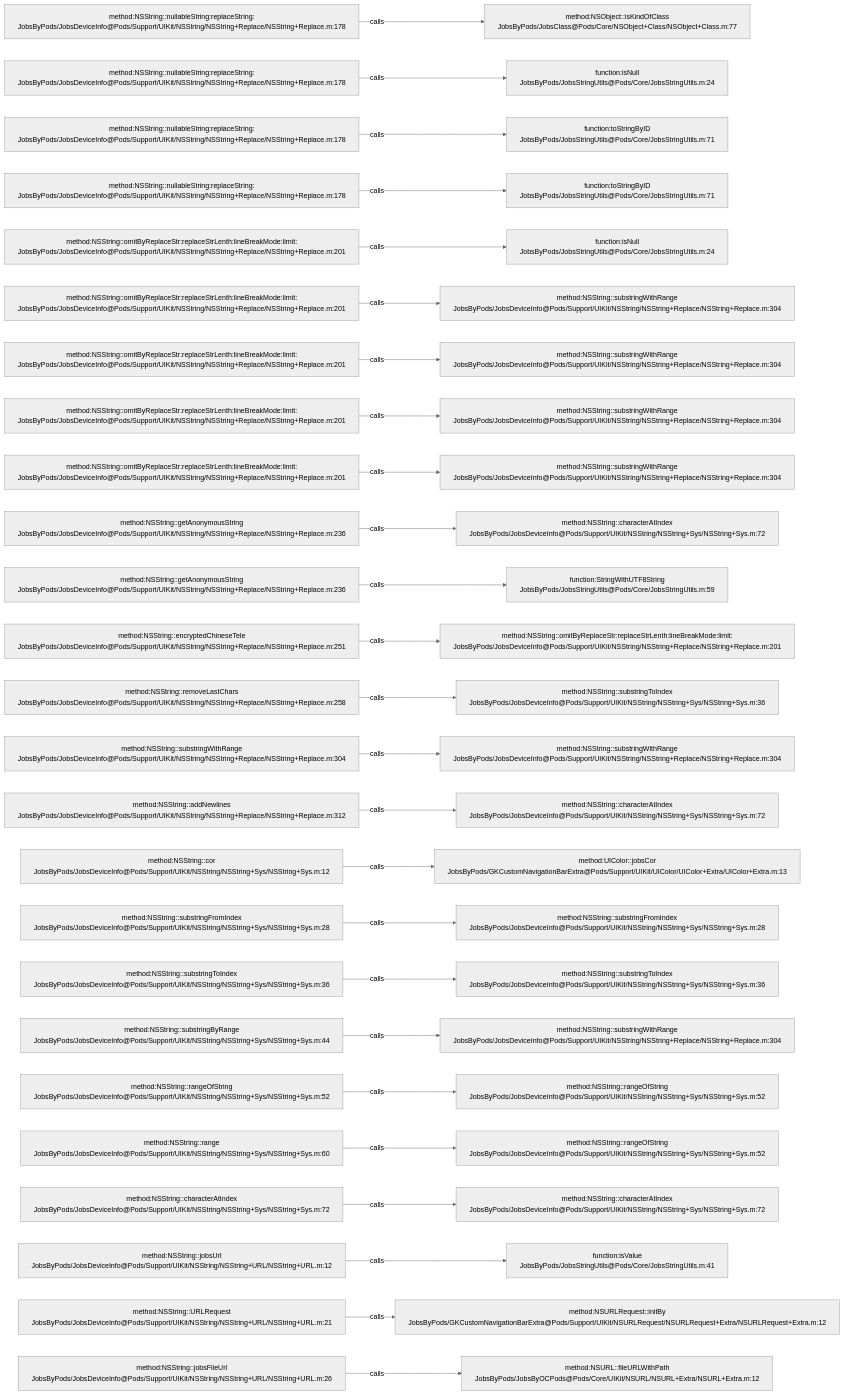
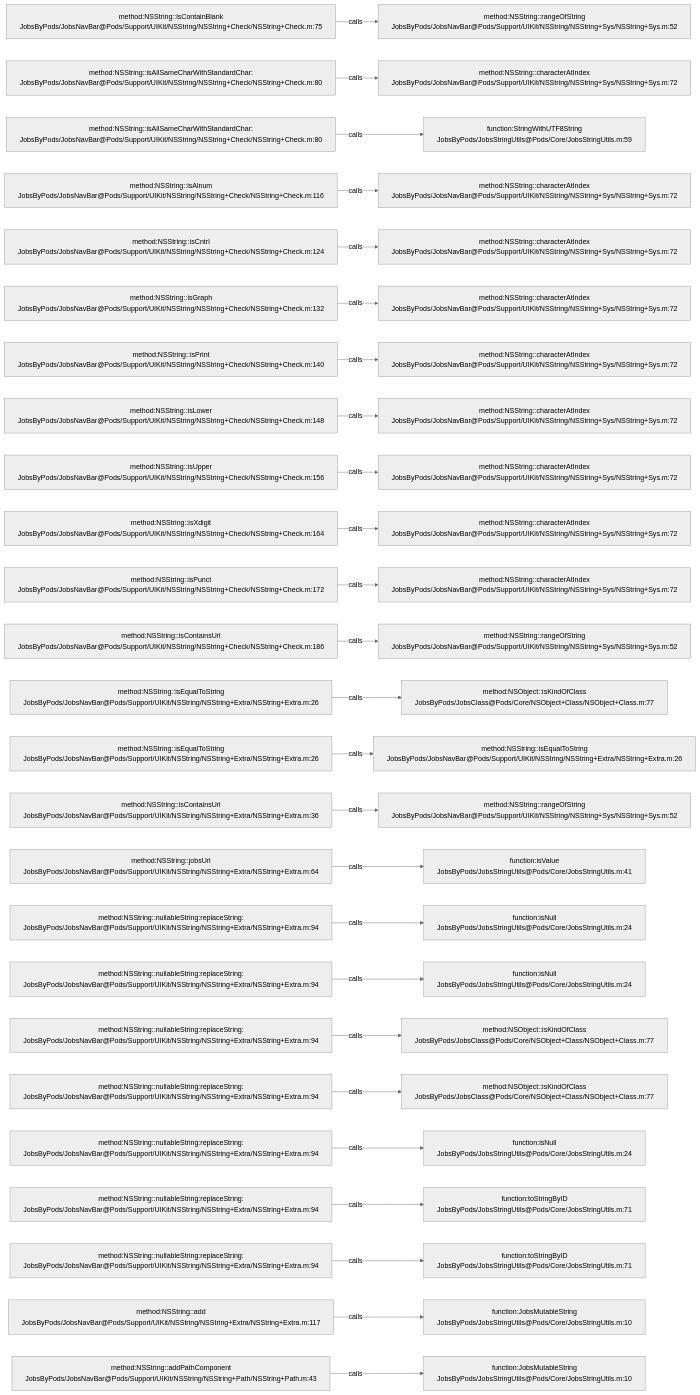
The diagram in .codegraph/codegraph.md/graphs/calls-119.md (JobsKits/JobsOCBaseConfigDemo), drawn with Mermaid (neutral theme) before and after one commit. The commit also changed 1026 other files, not shown here.

````diff
--- a/.codegraph/codegraph.md/graphs/calls-119.md
+++ b/.codegraph/codegraph.md/graphs/calls-119.md
@@ -13,78 +13,78 @@
 ```mermaid
 flowchart LR
-  S1["method:NSString::nullableString:replaceString:<br/>JobsByPods/JobsDeviceInfo@Pods/Support/UIKit/NSString/NSString+Replace/NSString+Replace.m:178"]
-  T1["method:NSObject::isKindOfClass<br/>JobsByPods/JobsClass@Pods/Core/NSObject+Class/NSObject+Class.m:77"]
+  S1["method:NSString::isContainBlank<br/>JobsByPods/JobsNavBar@Pods/Support/UIKit/NSString/NSString+Check/NSString+Check.m:75"]
+  T1["method:NSString::rangeOfString<br/>JobsByPods/JobsNavBar@Pods/Support/UIKit/NSString/NSString+Sys/NSString+Sys.m:52"]
   S1 -->|calls| T1
-  S2["method:NSString::nullableString:replaceString:<br/>JobsByPods/JobsDeviceInfo@Pods/Support/UIKit/NSString/NSString+Replace/NSString+Replace.m:178"]
-  T2["function:isNull<br/>JobsByPods/JobsStringUtils@Pods/Core/JobsStringUtils.m:24"]
+  S2["method:NSString::isAllSameCharWithStandardChar:<br/>JobsByPods/JobsNavBar@Pods/Support/UIKit/NSString/NSString+Check/NSString+Check.m:80"]
+  T2["method:NSString::characterAtIndex<br/>JobsByPods/JobsNavBar@Pods/Support/UIKit/NSString/NSString+Sys/NSString+Sys.m:72"]
   S2 -->|calls| T2
-  S3["method:NSString::nullableString:replaceString:<br/>JobsByPods/JobsDeviceInfo@Pods/Support/UIKit/NSString/NSString+Replace/NSString+Replace.m:178"]
-  T3["function:toStringByID<br/>JobsByPods/JobsStringUtils@Pods/Core/JobsStringUtils.m:71"]
+  S3["method:NSString::isAllSameCharWithStandardChar:<br/>JobsByPods/JobsNavBar@Pods/Support/UIKit/NSString/NSString+Check/NSString+Check.m:80"]
+  T3["function:StringWithUTF8String<br/>JobsByPods/JobsStringUtils@Pods/Core/JobsStringUtils.m:59"]
   S3 -->|calls| T3
-  S4["method:NSString::nullableString:replaceString:<br/>JobsByPods/JobsDeviceInfo@Pods/Support/UIKit/NSString/NSString+Replace/NSString+Replace.m:178"]
-  T4["function:toStringByID<br/>JobsByPods/JobsStringUtils@Pods/Core/JobsStringUtils.m:71"]
+  S4["method:NSString::isAlnum<br/>JobsByPods/JobsNavBar@Pods/Support/UIKit/NSString/NSString+Check/NSString+Check.m:116"]
+  T4["method:NSString::characterAtIndex<br/>JobsByPods/JobsNavBar@Pods/Support/UIKit/NSString/NSString+Sys/NSString+Sys.m:72"]
   S4 -->|calls| T4
-  S5["method:NSString::omitByReplaceStr:replaceStrLenth:lineBreakMode:limit:<br/>JobsByPods/JobsDeviceInfo@Pods/Support/UIKit/NSString/NSString+Replace/NSString+Replace.m:201"]
-  T5["function:isNull<br/>JobsByPods/JobsStringUtils@Pods/Core/JobsStringUtils.m:24"]
+  S5["method:NSString::isCntrl<br/>JobsByPods/JobsNavBar@Pods/Support/UIKit/NSString/NSString+Check/NSString+Check.m:124"]
+  T5["method:NSString::characterAtIndex<br/>JobsByPods/JobsNavBar@Pods/Support/UIKit/NSString/NSString+Sys/NSString+Sys.m:72"]
   S5 -->|calls| T5
-  S6["method:NSString::omitByReplaceStr:replaceStrLenth:lineBreakMode:limit:<br/>JobsByPods/JobsDeviceInfo@Pods/Support/UIKit/NSString/NSString+Replace/NSString+Replace.m:201"]
-  T6["method:NSString::substringWithRange<br/>JobsByPods/JobsDeviceInfo@Pods/Support/UIKit/NSString/NSString+Replace/NSString+Replace.m:304"]
+  S6["method:NSString::isGraph<br/>JobsByPods/JobsNavBar@Pods/Support/UIKit/NSString/NSString+Check/NSString+Check.m:132"]
+  T6["method:NSString::characterAtIndex<br/>JobsByPods/JobsNavBar@Pods/Support/UIKit/NSString/NSString+Sys/NSString+Sys.m:72"]
   S6 -->|calls| T6
-  S7["method:NSString::omitByReplaceStr:replaceStrLenth:lineBreakMode:limit:<br/>JobsByPods/JobsDeviceInfo@Pods/Support/UIKit/NSString/NSString+Replace/NSString+Replace.m:201"]
-  T7["method:NSString::substringWithRange<br/>JobsByPods/JobsDeviceInfo@Pods/Support/UIKit/NSString/NSString+Replace/NSString+Replace.m:304"]
+  S7["method:NSString::isPrint<br/>JobsByPods/JobsNavBar@Pods/Support/UIKit/NSString/NSString+Check/NSString+Check.m:140"]
+  T7["method:NSString::characterAtIndex<br/>JobsByPods/JobsNavBar@Pods/Support/UIKit/NSString/NSString+Sys/NSString+Sys.m:72"]
   S7 -->|calls| T7
-  S8["method:NSString::omitByReplaceStr:replaceStrLenth:lineBreakMode:limit:<br/>JobsByPods/JobsDeviceInfo@Pods/Support/UIKit/NSString/NSString+Replace/NSString+Replace.m:201"]
-  T8["method:NSString::substringWithRange<br/>JobsByPods/JobsDeviceInfo@Pods/Support/UIKit/NSString/NSString+Replace/NSString+Replace.m:304"]
+  S8["method:NSString::isLower<br/>JobsByPods/JobsNavBar@Pods/Support/UIKit/NSString/NSString+Check/NSString+Check.m:148"]
+  T8["method:NSString::characterAtIndex<br/>JobsByPods/JobsNavBar@Pods/Support/UIKit/NSString/NSString+Sys/NSString+Sys.m:72"]
   S8 -->|calls| T8
-  S9["method:NSString::omitByReplaceStr:replaceStrLenth:lineBreakMode:limit:<br/>JobsByPods/JobsDeviceInfo@Pods/Support/UIKit/NSString/NSString+Replace/NSString+Replace.m:201"]
-  T9["method:NSString::substringWithRange<br/>JobsByPods/JobsDeviceInfo@Pods/Support/UIKit/NSString/NSString+Replace/NSString+Replace.m:304"]
+  S9["method:NSString::isUpper<br/>JobsByPods/JobsNavBar@Pods/Support/UIKit/NSString/NSString+Check/NSString+Check.m:156"]
+  T9["method:NSString::characterAtIndex<br/>JobsByPods/JobsNavBar@Pods/Support/UIKit/NSString/NSString+Sys/NSString+Sys.m:72"]
   S9 -->|calls| T9
-  S10["method:NSString::getAnonymousString<br/>JobsByPods/JobsDeviceInfo@Pods/Support/UIKit/NSString/NSString+Replace/NSString+Replace.m:236"]
-  T10["method:NSString::characterAtIndex<br/>JobsByPods/JobsDeviceInfo@Pods/Support/UIKit/NSString/NSString+Sys/NSString+Sys.m:72"]
+  S10["method:NSString::isXdigit<br/>JobsByPods/JobsNavBar@Pods/Support/UIKit/NSString/NSString+Check/NSString+Check.m:164"]
+  T10["method:NSString::characterAtIndex<br/>JobsByPods/JobsNavBar@Pods/Support/UIKit/NSString/NSString+Sys/NSString+Sys.m:72"]
   S10 -->|calls| T10
-  S11["method:NSString::getAnonymousString<br/>JobsByPods/JobsDeviceInfo@Pods/Support/UIKit/NSString/NSString+Replace/NSString+Replace.m:236"]
-  T11["function:StringWithUTF8String<br/>JobsByPods/JobsStringUtils@Pods/Core/JobsStringUtils.m:59"]
+  S11["method:NSString::isPunct<br/>JobsByPods/JobsNavBar@Pods/Support/UIKit/NSString/NSString+Check/NSString+Check.m:172"]
+  T11["method:NSString::characterAtIndex<br/>JobsByPods/JobsNavBar@Pods/Support/UIKit/NSString/NSString+Sys/NSString+Sys.m:72"]
   S11 -->|calls| T11
-  S12["method:NSString::encryptedChineseTele<br/>JobsByPods/JobsDeviceInfo@Pods/Support/UIKit/NSString/NSString+Replace/NSString+Replace.m:251"]
-  T12["method:NSString::omitByReplaceStr:replaceStrLenth:lineBreakMode:limit:<br/>JobsByPods/JobsDeviceInfo@Pods/Support/UIKit/NSString/NSString+Replace/NSString+Replace.m:201"]
+  S12["method:NSString::isContainsUrl<br/>JobsByPods/JobsNavBar@Pods/Support/UIKit/NSString/NSString+Check/NSString+Check.m:186"]
+  T12["method:NSString::rangeOfString<br/>JobsByPods/JobsNavBar@Pods/Support/UIKit/NSString/NSString+Sys/NSString+Sys.m:52"]
   S12 -->|calls| T12
-  S13["method:NSString::removeLastChars<br/>JobsByPods/JobsDeviceInfo@Pods/Support/UIKit/NSString/NSString+Replace/NSString+Replace.m:258"]
-  T13["method:NSString::substringToIndex<br/>JobsByPods/JobsDeviceInfo@Pods/Support/UIKit/NSString/NSString+Sys/NSString+Sys.m:36"]
+  S13["method:NSString::isEqualToString<br/>JobsByPods/JobsNavBar@Pods/Support/UIKit/NSString/NSString+Extra/NSString+Extra.m:26"]
+  T13["method:NSObject::isKindOfClass<br/>JobsByPods/JobsClass@Pods/Core/NSObject+Class/NSObject+Class.m:77"]
   S13 -->|calls| T13
-  S14["method:NSString::substringWithRange<br/>JobsByPods/JobsDeviceInfo@Pods/Support/UIKit/NSString/NSString+Replace/NSString+Replace.m:304"]
-  T14["method:NSString::substringWithRange<br/>JobsByPods/JobsDeviceInfo@Pods/Support/UIKit/NSString/NSString+Replace/NSString+Replace.m:304"]
+  S14["method:NSString::isEqualToString<br/>JobsByPods/JobsNavBar@Pods/Support/UIKit/NSString/NSString+Extra/NSString+Extra.m:26"]
+  T14["method:NSString::isEqualToString<br/>JobsByPods/JobsNavBar@Pods/Support/UIKit/NSString/NSString+Extra/NSString+Extra.m:26"]
   S14 -->|calls| T14
-  S15["method:NSString::addNewlines<br/>JobsByPods/JobsDeviceInfo@Pods/Support/UIKit/NSString/NSString+Replace/NSString+Replace.m:312"]
-  T15["method:NSString::characterAtIndex<br/>JobsByPods/JobsDeviceInfo@Pods/Support/UIKit/NSString/NSString+Sys/NSString+Sys.m:72"]
+  S15["method:NSString::isContainsUrl<br/>JobsByPods/JobsNavBar@Pods/Support/UIKit/NSString/NSString+Extra/NSString+Extra.m:36"]
+  T15["method:NSString::rangeOfString<br/>JobsByPods/JobsNavBar@Pods/Support/UIKit/NSString/NSString+Sys/NSString+Sys.m:52"]
   S15 -->|calls| T15
-  S16["method:NSString::cor<br/>JobsByPods/JobsDeviceInfo@Pods/Support/UIKit/NSString/NSString+Sys/NSString+Sys.m:12"]
-  T16["method:UIColor::jobsCor<br/>JobsByPods/GKCustomNavigationBarExtra@Pods/Support/UIKit/UIColor/UIColor+Extra/UIColor+Extra.m:13"]
+  S16["method:NSString::jobsUrl<br/>JobsByPods/JobsNavBar@Pods/Support/UIKit/NSString/NSString+Extra/NSString+Extra.m:64"]
+  T16["function:isValue<br/>JobsByPods/JobsStringUtils@Pods/Core/JobsStringUtils.m:41"]
   S16 -->|calls| T16
-  S17["method:NSString::substringFromIndex<br/>JobsByPods/JobsDeviceInfo@Pods/Support/UIKit/NSString/NSString+Sys/NSString+Sys.m:28"]
-  T17["method:NSString::substringFromIndex<br/>JobsByPods/JobsDeviceInfo@Pods/Support/UIKit/NSString/NSString+Sys/NSString+Sys.m:28"]
+  S17["method:NSString::nullableString:replaceString:<br/>JobsByPods/JobsNavBar@Pods/Support/UIKit/NSString/NSString+Extra/NSString+Extra.m:94"]
+  T17["function:isNull<br/>JobsByPods/JobsStringUtils@Pods/Core/JobsStringUtils.m:24"]
   S17 -->|calls| T17
-  S18["method:NSString::substringToIndex<br/>JobsByPods/JobsDeviceInfo@Pods/Support/UIKit/NSString/NSString+Sys/NSString+Sys.m:36"]
-  T18["method:NSString::substringToIndex<br/>JobsByPods/JobsDeviceInfo@Pods/Support/UIKit/NSString/NSString+Sys/NSString+Sys.m:36"]
+  S18["method:NSString::nullableString:replaceString:<br/>JobsByPods/JobsNavBar@Pods/Support/UIKit/NSString/NSString+Extra/NSString+Extra.m:94"]
+  T18["function:isNull<br/>JobsByPods/JobsStringUtils@Pods/Core/JobsStringUtils.m:24"]
   S18 -->|calls| T18
-  S19["method:NSString::substringByRange<br/>JobsByPods/JobsDeviceInfo@Pods/Support/UIKit/NSString/NSString+Sys/NSString+Sys.m:44"]
-  T19["method:NSString::substringWithRange<br/>JobsByPods/JobsDeviceInfo@Pods/Support/UIKit/NSString/NSString+Replace/NSString+Replace.m:304"]
+  S19["method:NSString::nullableString:replaceString:<br/>JobsByPods/JobsNavBar@Pods/Support/UIKit/NSString/NSString+Extra/NSString+Extra.m:94"]
+  T19["method:NSObject::isKindOfClass<br/>JobsByPods/JobsClass@Pods/Core/NSObject+Class/NSObject+Class.m:77"]
   S19 -->|calls| T19
-  S20["method:NSString::rangeOfString<br/>JobsByPods/JobsDeviceInfo@Pods/Support/UIKit/NSString/NSString+Sys/NSString+Sys.m:52"]
-  T20["method:NSString::rangeOfString<br/>JobsByPods/JobsDeviceInfo@Pods/Support/UIKit/NSString/NSString+Sys/NSString+Sys.m:52"]
+  S20["method:NSString::nullableString:replaceString:<br/>JobsByPods/JobsNavBar@Pods/Support/UIKit/NSString/NSString+Extra/NSString+Extra.m:94"]
+  T20["method:NSObject::isKindOfClass<br/>JobsByPods/JobsClass@Pods/Core/NSObject+Class/NSObject+Class.m:77"]
   S20 -->|calls| T20
-  S21["method:NSString::range<br/>JobsByPods/JobsDeviceInfo@Pods/Support/UIKit/NSString/NSString+Sys/NSString+Sys.m:60"]
-  T21["method:NSString::rangeOfString<br/>JobsByPods/JobsDeviceInfo@Pods/Support/UIKit/NSString/NSString+Sys/NSString+Sys.m:52"]
+  S21["method:NSString::nullableString:replaceString:<br/>JobsByPods/JobsNavBar@Pods/Support/UIKit/NSString/NSString+Extra/NSString+Extra.m:94"]
+  T21["function:isNull<br/>JobsByPods/JobsStringUtils@Pods/Core/JobsStringUtils.m:24"]
   S21 -->|calls| T21
-  S22["method:NSString::characterAtIndex<br/>JobsByPods/JobsDeviceInfo@Pods/Support/UIKit/NSString/NSString+Sys/NSString+Sys.m:72"]
-  T22["method:NSString::characterAtIndex<br/>JobsByPods/JobsDeviceInfo@Pods/Support/UIKit/NSString/NSString+Sys/NSString+Sys.m:72"]
+  S22["method:NSString::nullableString:replaceString:<br/>JobsByPods/JobsNavBar@Pods/Support/UIKit/NSString/NSString+Extra/NSString+Extra.m:94"]
+  T22["function:toStringByID<br/>JobsByPods/JobsStringUtils@Pods/Core/JobsStringUtils.m:71"]
   S22 -->|calls| T22
-  S23["method:NSString::jobsUrl<br/>JobsByPods/JobsDeviceInfo@Pods/Support/UIKit/NSString/NSString+URL/NSString+URL.m:12"]
-  T23["function:isValue<br/>JobsByPods/JobsStringUtils@Pods/Core/JobsStringUtils.m:41"]
+  S23["method:NSString::nullableString:replaceString:<br/>JobsByPods/JobsNavBar@Pods/Support/UIKit/NSString/NSString+Extra/NSString+Extra.m:94"]
+  T23["function:toStringByID<br/>JobsByPods/JobsStringUtils@Pods/Core/JobsStringUtils.m:71"]
   S23 -->|calls| T23
-  S24["method:NSString::URLRequest<br/>JobsByPods/JobsDeviceInfo@Pods/Support/UIKit/NSString/NSString+URL/NSString+URL.m:21"]
-  T24["method:NSURLRequest::initBy<br/>JobsByPods/GKCustomNavigationBarExtra@Pods/Support/UIKit/NSURLRequest/NSURLRequest+Extra/NSURLRequest+Extra.m:12"]
+  S24["method:NSString::add<br/>JobsByPods/JobsNavBar@Pods/Support/UIKit/NSString/NSString+Extra/NSString+Extra.m:117"]
+  T24["function:JobsMutableString<br/>JobsByPods/JobsStringUtils@Pods/Core/JobsStringUtils.m:10"]
   S24 -->|calls| T24
-  S25["method:NSString::jobsFileUrl<br/>JobsByPods/JobsDeviceInfo@Pods/Support/UIKit/NSString/NSString+URL/NSString+URL.m:26"]
-  T25["method:NSURL::fileURLWithPath<br/>JobsByPods/JobsByOCPods@Pods/Core/UIKit/NSURL/NSURL+Extra/NSURL+Extra.m:12"]
+  S25["method:NSString::addPathComponent<br/>JobsByPods/JobsNavBar@Pods/Support/UIKit/NSString/NSString+Path/NSString+Path.m:43"]
+  T25["function:JobsMutableString<br/>JobsByPods/JobsStringUtils@Pods/Core/JobsStringUtils.m:10"]
   S25 -->|calls| T25
 ```
````
